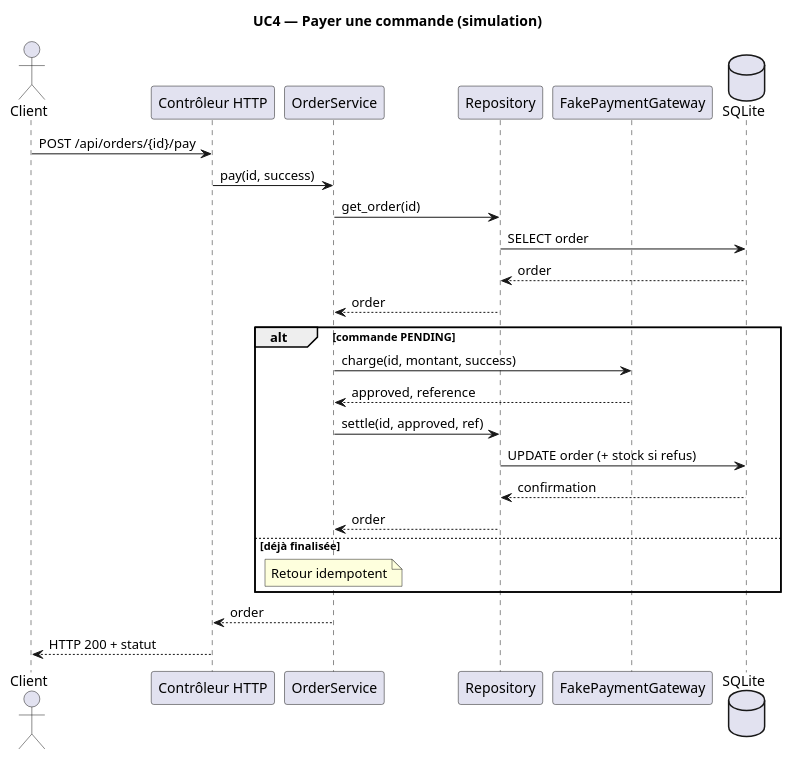
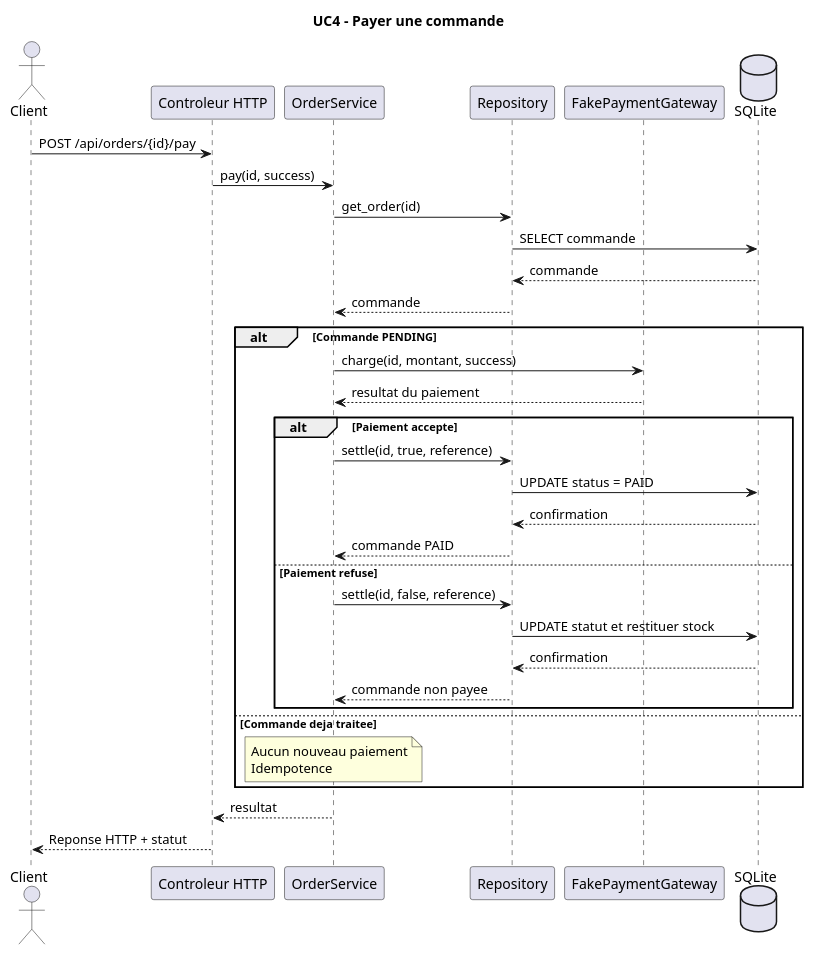
The diagram in docs/sequence.puml (Ala-Bouzidi/PU-miniBoutique), drawn with PlantUML before and after one commit. The commit also changed other lines of this file, not shown here.

Commit message:
docs(uc4): detailler les scenarios de paiement

```diff
--- a/docs/sequence.puml
+++ b/docs/sequence.puml
@@ -1,27 +2,44 @@
 @startuml
-title UC4 — Payer une commande (simulation)
+title UC4 - Payer une commande
+
 actor Client
-participant "Contrôleur HTTP" as C
+participant "Controleur HTTP" as C
 participant "OrderService" as S
 participant "Repository" as R
 participant "FakePaymentGateway" as P
 database SQLite
+
 Client -> C : POST /api/orders/{id}/pay
 C -> S : pay(id, success)
 S -> R : get_order(id)
-R -> SQLite : SELECT order
-SQLite --> R : order
-R --> S : order
-alt commande PENDING
- S -> P : charge(id, montant, success)
- P --> S : approved, reference
- S -> R : settle(id, approved, ref)
- R -> SQLite : UPDATE order (+ stock si refus)
- SQLite --> R : confirmation
- R --> S : order
-else déjà finalisée
- note over S : Retour idempotent
+R -> SQLite : SELECT commande
+SQLite --> R : commande
+R --> S : commande
+
+alt Commande PENDING
+    S -> P : charge(id, montant, success)
+    P --> S : resultat du paiement
+
+    alt Paiement accepte
+        S -> R : settle(id, true, reference)
+        R -> SQLite : UPDATE status = PAID
+        SQLite --> R : confirmation
+        R --> S : commande PAID
+    else Paiement refuse
+        S -> R : settle(id, false, reference)
+        R -> SQLite : UPDATE statut et restituer stock
+        SQLite --> R : confirmation
+        R --> S : commande non payee
+    end
+
+else Commande deja traitee
+    note over S
+      Aucun nouveau paiement
+      Idempotence
+    end note
 end
-S --> C : order
-C --> Client : HTTP 200 + statut
+
+S --> C : resultat
+C --> Client : Reponse HTTP + statut
+
 @enduml
```
